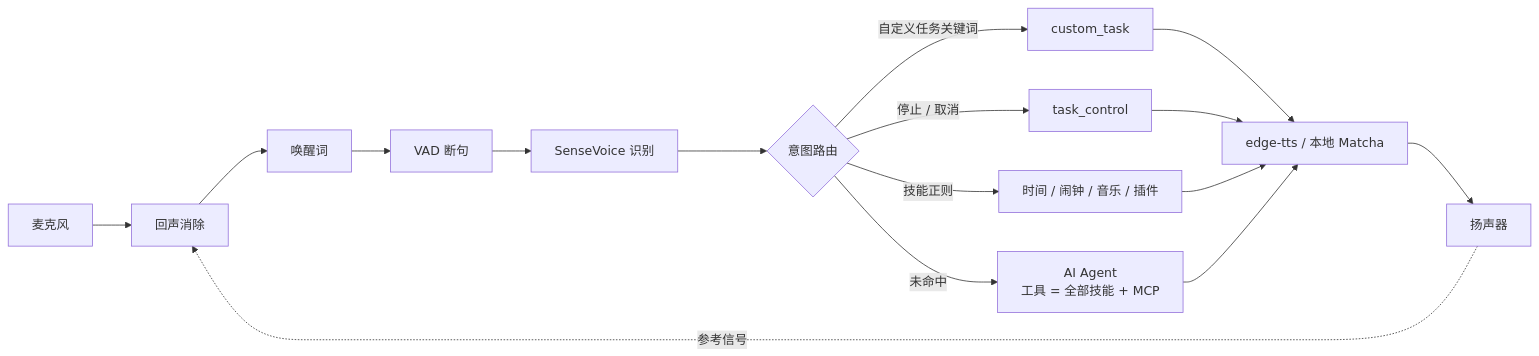
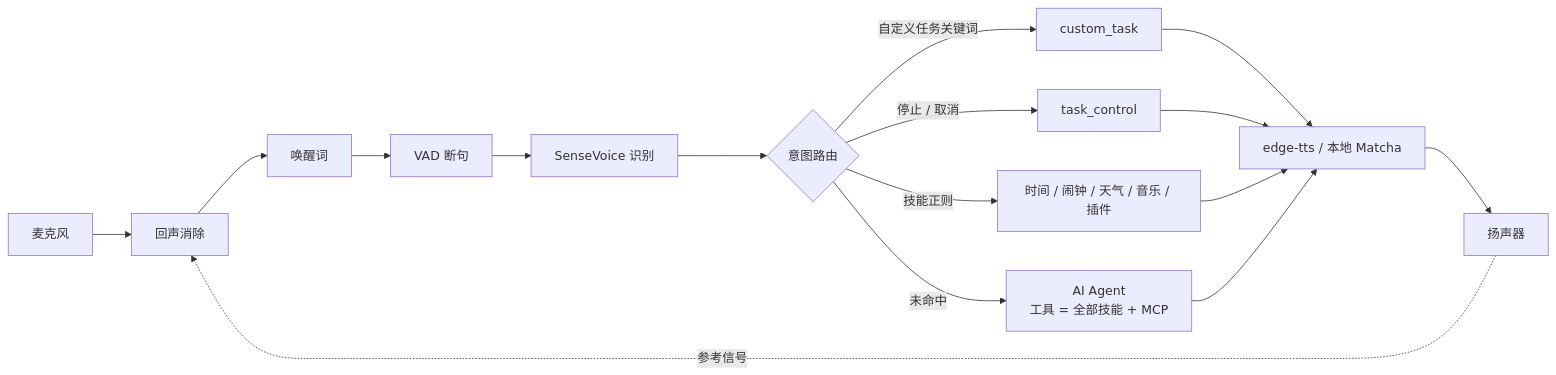
The diagram in README.md (whwanyt/PineconeAgent), drawn with Mermaid before and after one commit. The commit also changed other lines of this file and 5 other files, not shown here.

````diff
--- a/README.md
+++ b/README.md
@@ -18,11 +19,11 @@
 ```mermaid
 flowchart LR
     Mic[麦克风] --> AEC[回声消除] --> KWS[唤醒词] --> VAD[VAD 断句] --> ASR[SenseVoice 识别]
     ASR --> Router{意图路由}
     Router -->|自定义任务关键词| Task[custom_task]
     Router -->|停止 / 取消| Ctl[task_control]
-    Router -->|技能正则| Skills[时间 / 闹钟 / 音乐 / 插件]
+    Router -->|技能正则| Skills[时间 / 闹钟 / 天气 / 音乐 / 插件]
     Router -->|未命中| Agent[AI Agent<br/>工具 = 全部技能 + MCP]
     Task & Ctl & Skills & Agent --> TTS[edge-tts / 本地 Matcha] --> Spk[扬声器]
     Spk -.参考信号.-> AEC
 ```
````
